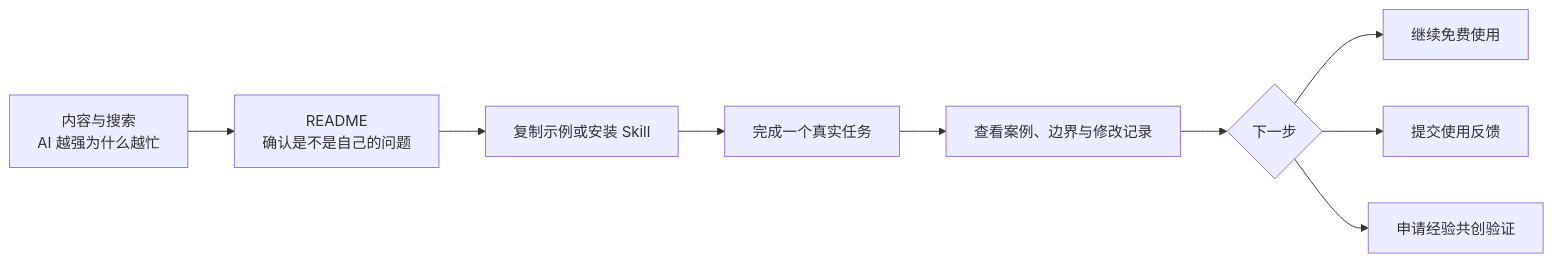
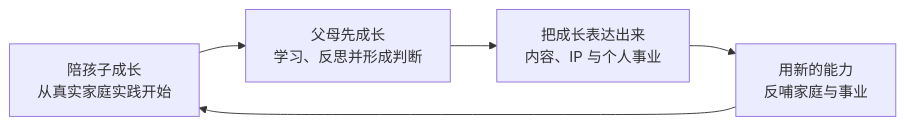
The diagram in README.md (junyifei/junyi-skills), drawn with Mermaid before and after one commit. The commit also changed other lines of this file and 11 other files, not shown here.

````diff
--- a/README.md
+++ b/README.md
@@ -279,11 +25,7 @@
 ```mermaid
 flowchart LR
-    A["内容与搜索\nAI 越强为什么越忙"] --> B["README\n确认是不是自己的问题"]
-    B --> C["复制示例或安装 Skill"]
-    C --> D["完成一个真实任务"]
-    D --> E["查看案例、边界与修改记录"]
-    E --> F{"下一步"}
-    F --> G["继续免费使用"]
-    F --> H["提交使用反馈"]
-    F --> I["申请经验共创验证"]
+    A["陪孩子成长<br/>从真实家庭实践开始"] --> B["父母先成长<br/>学习、反思并形成判断"]
+    B --> C["把成长表达出来<br/>内容、IP 与个人事业"]
+    C --> D["用新的能力<br/>反哺家庭与事业"]
+    D --> A
 ```
````
